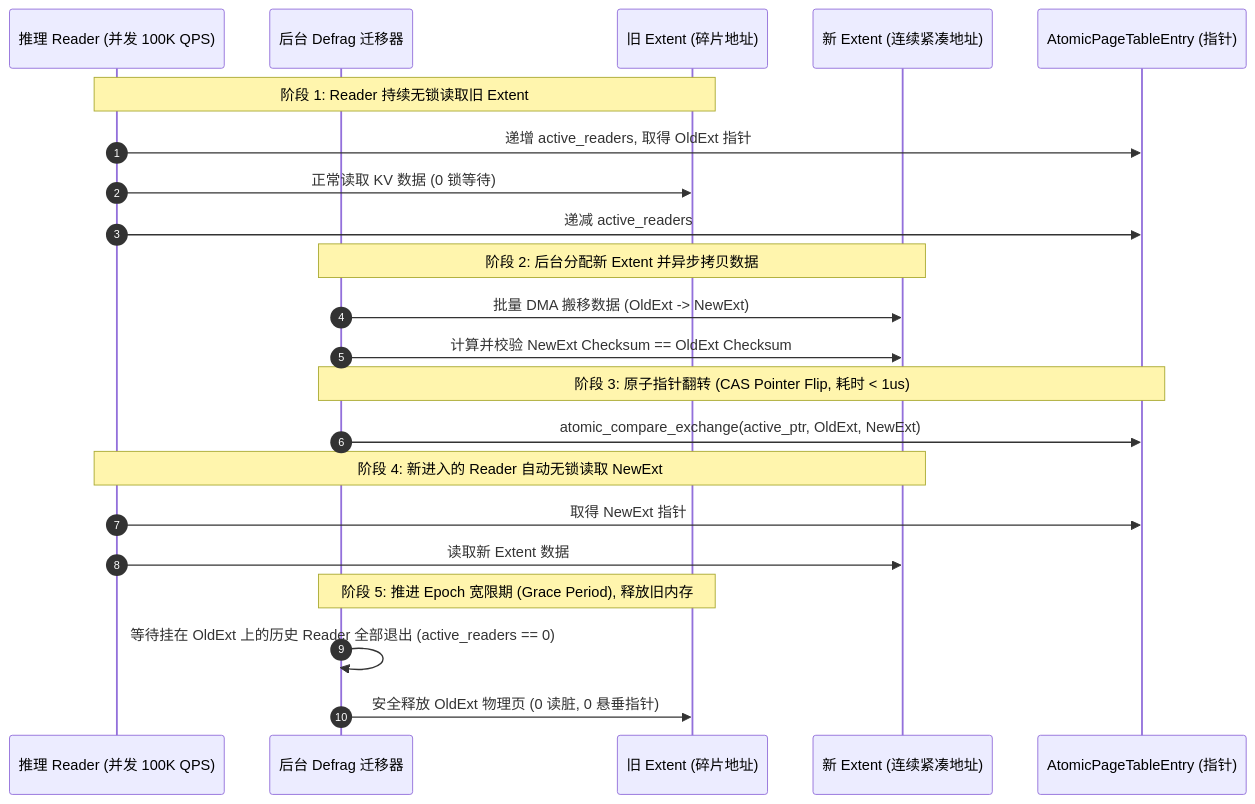
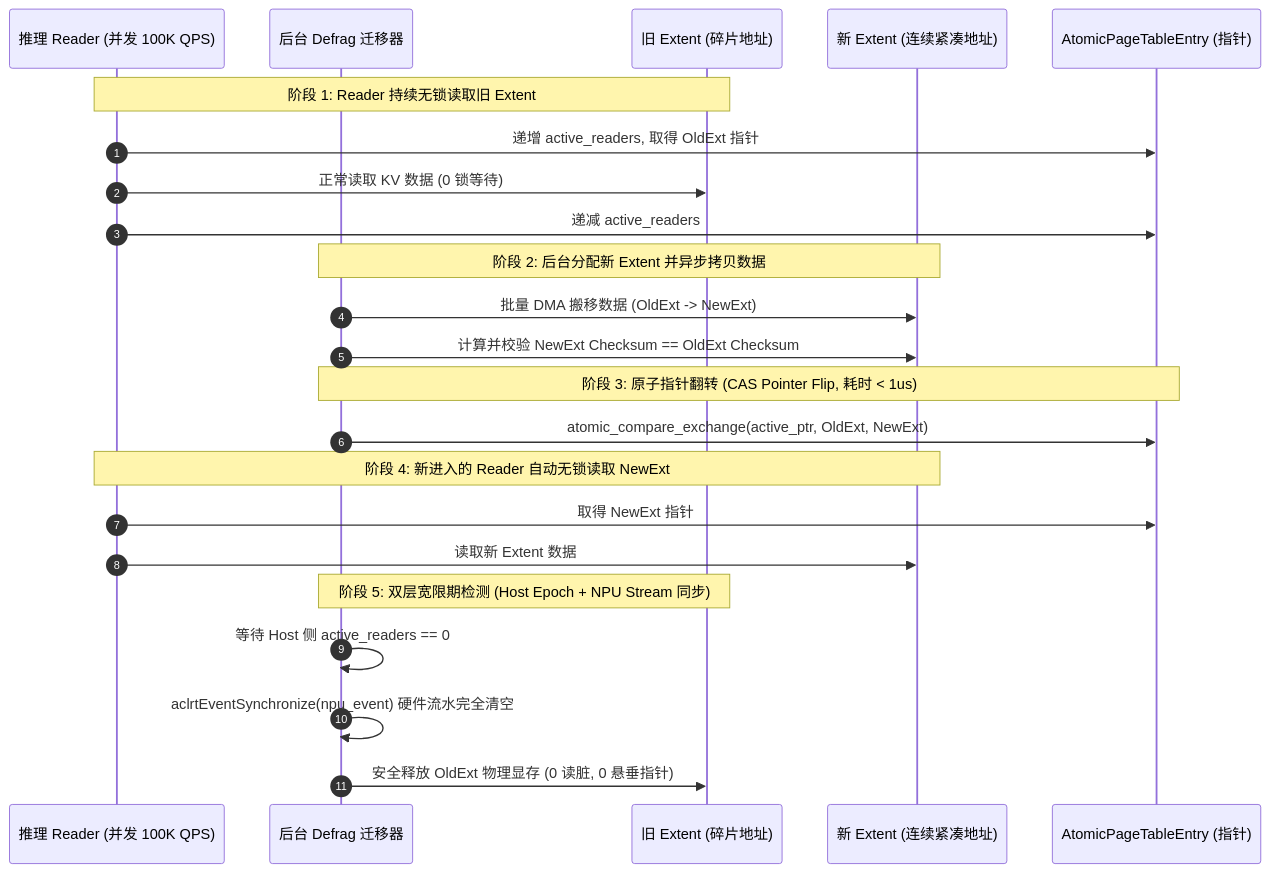
One commit to stonetree/reports changed the diagram in kvcache/unified_kv_memory/提前验证方案设计/验证计划方案设计/10_CVT-02_PageMigration软件RCU与硬件AtomicRemap必要性证伪实施方案设计.md. Above: the diagram before and after it, drawn with Mermaid. The commit also changed other lines of this file and 11 other files, not shown here.

````diff
--- a/kvcache/unified_kv_memory/提前验证方案设计/验证计划方案设计/10_CVT-02_PageMigration软件RCU与硬件AtomicRemap必要性证伪实施方案设计.md
+++ b/kvcache/unified_kv_memory/提前验证方案设计/验证计划方案设计/10_CVT-02_PageMigration软件RCU与硬件AtomicRemap必要性证伪实施方案设计.md
@@ -54,29 +66,30 @@
 ```mermaid
 sequenceDiagram
     autonumber
     participant Reader as 推理 Reader (并发 100K QPS)
     participant Defrag as 后台 Defrag 迁移器
     participant OldExt as 旧 Extent (碎片地址)
     participant NewExt as 新 Extent (连续紧凑地址)
     participant Entry as AtomicPageTableEntry (指针)
 
     Note over Reader,OldExt: 阶段 1: Reader 持续无锁读取旧 Extent
     Reader->>Entry: 递增 active_readers, 取得 OldExt 指针
     Reader->>OldExt: 正常读取 KV 数据 (0 锁等待)
     Reader->>Entry: 递减 active_readers
     
     Note over Defrag,NewExt: 阶段 2: 后台分配新 Extent 并异步拷贝数据
     Defrag->>NewExt: 批量 DMA 搬移数据 (OldExt -> NewExt)
     Defrag->>NewExt: 计算并校验 NewExt Checksum == OldExt Checksum
     
     Note over Defrag,Entry: 阶段 3: 原子指针翻转 (CAS Pointer Flip, 耗时 < 1us)
     Defrag->>Entry: atomic_compare_exchange(active_ptr, OldExt, NewExt)
     
     Note over Reader,NewExt: 阶段 4: 新进入的 Reader 自动无锁读取 NewExt
     Reader->>Entry: 取得 NewExt 指针
     Reader->>NewExt: 读取新 Extent 数据
     
-    Note over Defrag,OldExt: 阶段 5: 推进 Epoch 宽限期 (Grace Period), 释放旧内存
-    Defrag->>Defrag: 等待挂在 OldExt 上的历史 Reader 全部退出 (active_readers == 0)
-    Defrag->>OldExt: 安全释放 OldExt 物理页 (0 读脏, 0 悬垂指针)
+    Note over Defrag,OldExt: 阶段 5: 双层宽限期检测 (Host Epoch + NPU Stream 同步)
+    Defrag->>Defrag: 等待 Host 侧 active_readers == 0
+    Defrag->>Defrag: aclrtEventSynchronize(npu_event) 硬件流水完全清空
+    Defrag->>OldExt: 安全释放 OldExt 物理显存 (0 读脏, 0 悬垂指针)
 ```
````
